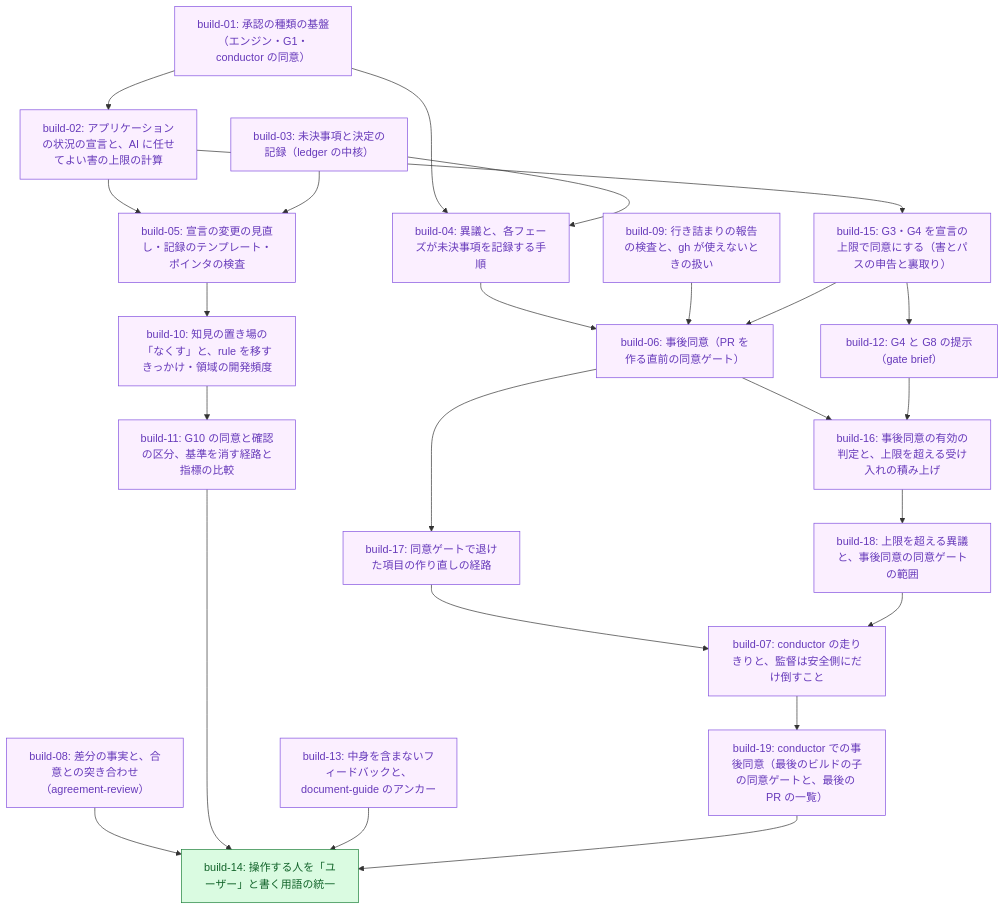
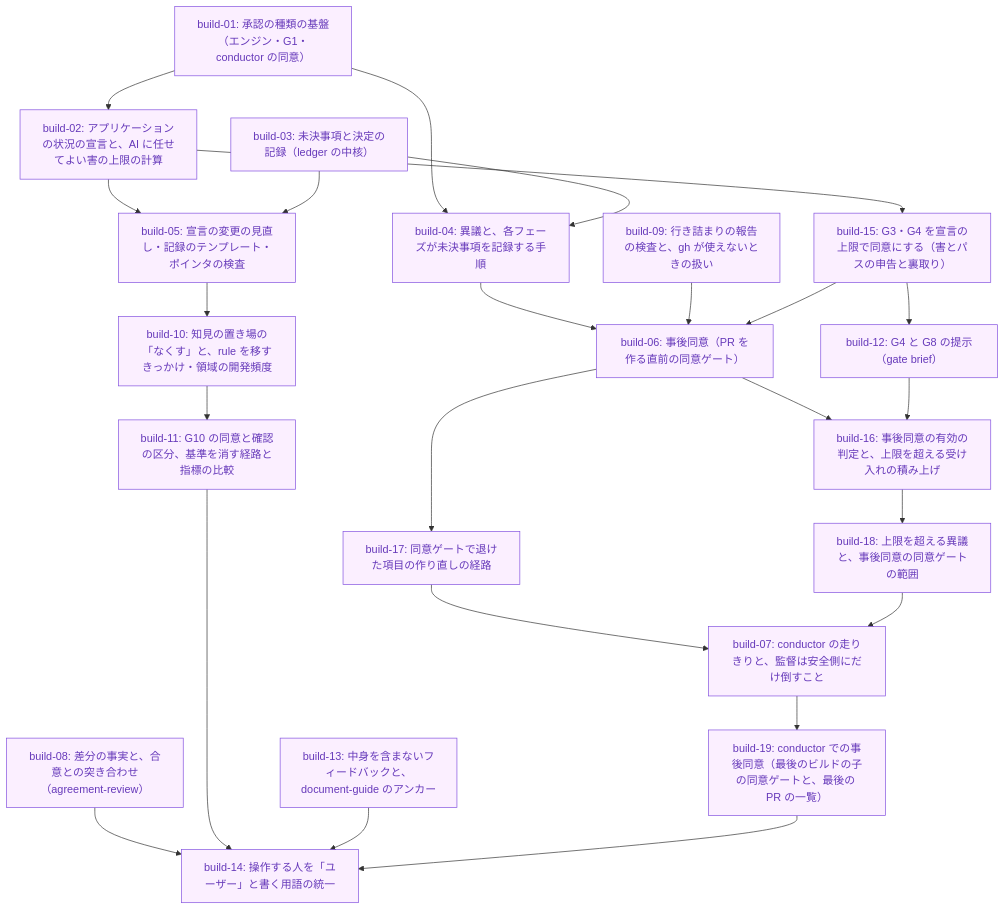
One commit to tak-solder/hikyaku changed the diagram in .hikyaku/cycles/001-v3-core-concepts/tasklist.md. Above: the diagram before and after it, drawn with Mermaid. The commit also changed other lines of this file and 1 other file, not shown here.

Commit message:
build-14: tasklist の PR 列を更新する（#128）
Claude-Session: https://claude.ai/code/session_01RJieNbZxJTuNKqjvWpTagW

````diff
--- a/.hikyaku/cycles/001-v3-core-concepts/tasklist.md
+++ b/.hikyaku/cycles/001-v3-core-concepts/tasklist.md
@@ -34,50 +34,49 @@
 ```mermaid
 graph TD
   b01["build-01: 承認の種類の基盤（エンジン・G1・conductor の同意）"]
   b02["build-02: アプリケーションの状況の宣言と、AI に任せてよい害の上限の計算"]
   b03["build-03: 未決事項と決定の記録（ledger の中核）"]
   b04["build-04: 異議と、各フェーズが未決事項を記録する手順"]
   b05["build-05: 宣言の変更の見直し・記録のテンプレート・ポインタの検査"]
   b06["build-06: 事後同意（PR を作る直前の同意ゲート）"]
   b07["build-07: conductor の走りきりと、監督は安全側にだけ倒すこと"]
   b08["build-08: 差分の事実と、合意との突き合わせ（agreement-review）"]
   b09["build-09: 行き詰まりの報告の検査と、gh が使えないときの扱い"]
   b10["build-10: 知見の置き場の「なくす」と、rule を移すきっかけ・領域の開発頻度"]
   b11["build-11: G10 の同意と確認の区分、基準を消す経路と指標の比較"]
   b12["build-12: G4 と G8 の提示（gate brief）"]
   b13["build-13: 中身を含まないフィードバックと、document-guide のアンカー"]
   b14["build-14: 操作する人を「ユーザー」と書く用語の統一"]
   b15["build-15: G3・G4 を宣言の上限で同意にする（害とパスの申告と裏取り）"]
   b16["build-16: 事後同意の有効の判定と、上限を超える受け入れの積み上げ"]
   b17["build-17: 同意ゲートで退けた項目の作り直しの経路"]
   b18["build-18: 上限を超える異議と、事後同意の同意ゲートの範囲"]
   b19["build-19: conductor での事後同意（最後のビルドの子の同意ゲートと、最後の PR の一覧）"]
   b01 --> b02
   b01 --> b04
   b03 --> b04
   b02 --> b05
   b03 --> b05
   b04 --> b06
   b09 --> b06
   b15 --> b06
   b17 --> b07
   b18 --> b07
   b05 --> b10
   b10 --> b11
   b15 --> b12
   b08 --> b14
   b11 --> b14
   b13 --> b14
   b19 --> b14
   b02 --> b15
   b06 --> b16
   b12 --> b16
   b06 --> b17
   b16 --> b18
   b07 --> b19
   classDef merged fill:#fbefff,stroke:#8250df,color:#6639ba
   classDef ready fill:#dafbe1,stroke:#1a7f37,color:#116329
   classDef blocked fill:#f6f8fa,stroke:#8c959f,color:#57606a
-  class b01,b02,b03,b04,b05,b06,b07,b08,b09,b10,b11,b12,b13,b15,b16,b17,b18,b19 merged
-  class b14 ready
+  class b01,b02,b03,b04,b05,b06,b07,b08,b09,b10,b11,b12,b13,b14,b15,b16,b17,b18,b19 merged
 ```
````
